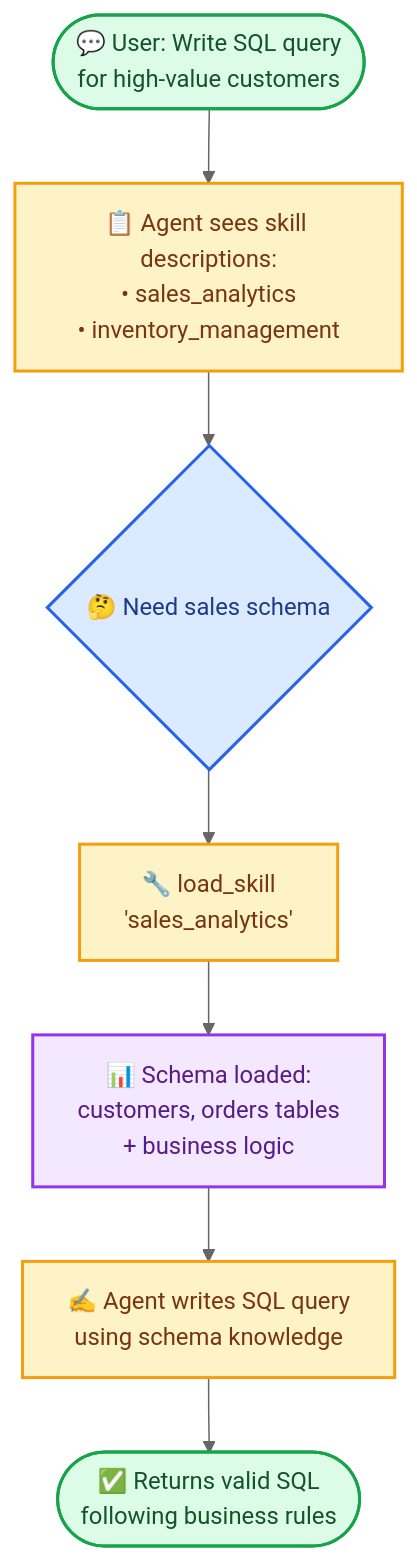
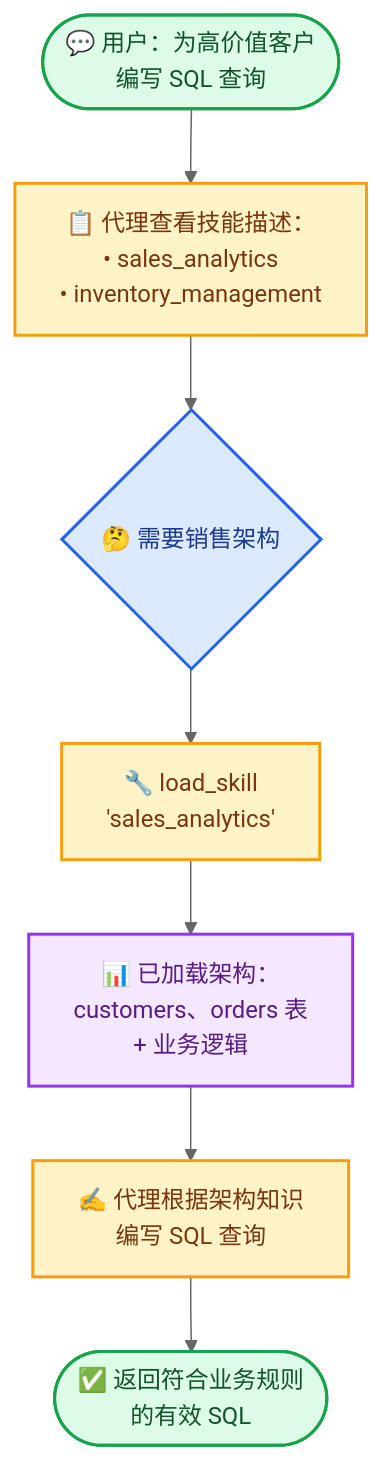
One commit to kunfan96/cndocs-langchain changed the diagram in oss/python/langchain/multi-agent/skills-sql-assistant.mdx. Above: the diagram before and after it, drawn with Mermaid. The commit also changed other lines of this file and 1450 other files, not shown here.

````diff
--- a/oss/python/langchain/multi-agent/skills-sql-assistant.mdx
+++ b/oss/python/langchain/multi-agent/skills-sql-assistant.mdx
@@ -27,26 +27,26 @@
 ```mermaid
 %%{init: {'theme':'base', 'themeVariables': { 'primaryColor':'#4CAF50','primaryTextColor':'#fff','primaryBorderColor':'#2E7D32','lineColor':'#666','secondaryColor':'#FF9800','tertiaryColor':'#2196F3','tertiaryBorderColor':'#1565C0','tertiaryTextColor':'#fff'}}}%%
 flowchart TD
-    Start([💬 User: Write SQL query<br/>for high-value customers]) --> SystemPrompt[📋 Agent sees skill descriptions:<br/>• sales_analytics<br/>• inventory_management]
+    Start([💬 用户：为高价值客户<br/>编写 SQL 查询]) --> SystemPrompt[📋 代理查看技能描述：<br/>• sales_analytics<br/>• inventory_management]
 
-    SystemPrompt --> Decide{🤔 Need sales schema}
+    SystemPrompt --> Decide{🤔 需要销售架构}
 
     Decide --> LoadSkill[🔧 load_skill<br/>'sales_analytics']
 
-    LoadSkill --> Schema[📊 Schema loaded:<br/>customers, orders tables<br/>+ business logic]
+    LoadSkill --> Schema[📊 已加载架构：<br/>customers、orders 表<br/>+ 业务逻辑]
 
-    Schema --> WriteQuery[✍️ Agent writes SQL query<br/>using schema knowledge]
+    Schema --> WriteQuery[✍️ 代理根据架构知识<br/>编写 SQL 查询]
 
-    WriteQuery --> Response([✅ Returns valid SQL<br/>following business rules])
+    WriteQuery --> Response([✅ 返回符合业务规则<br/>的有效 SQL])
 
     %% Styling for light and dark modes
     classDef startEnd fill:#DCFCE7,stroke:#16A34A,stroke-width:2px,color:#14532D
     classDef process fill:#FEF3C7,stroke:#F59E0B,stroke-width:2px,color:#78350F
     classDef decision fill:#DBEAFE,stroke:#2563EB,stroke-width:2px,color:#1E3A8A
     classDef enrichment fill:#F3E8FF,stroke:#9333EA,stroke-width:2px,color:#581C87
 
     class Start,Response startEnd
     class SystemPrompt,LoadSkill,WriteQuery process
     class Decide decision
     class Schema enrichment
 ```
````
